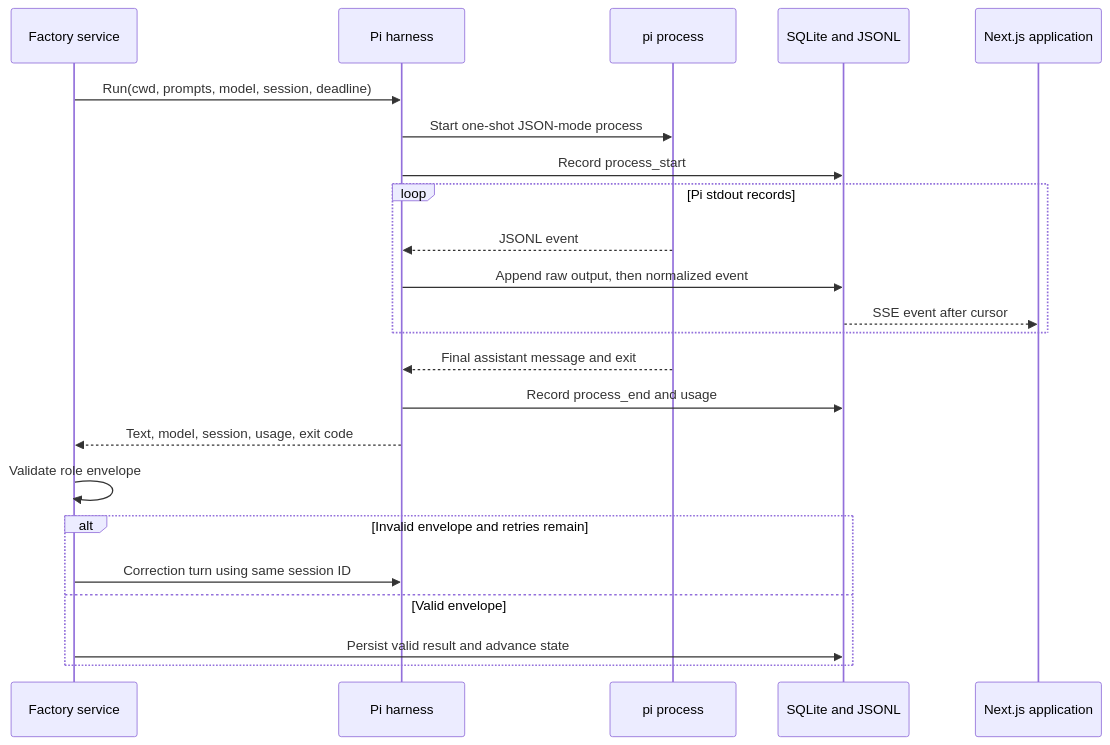
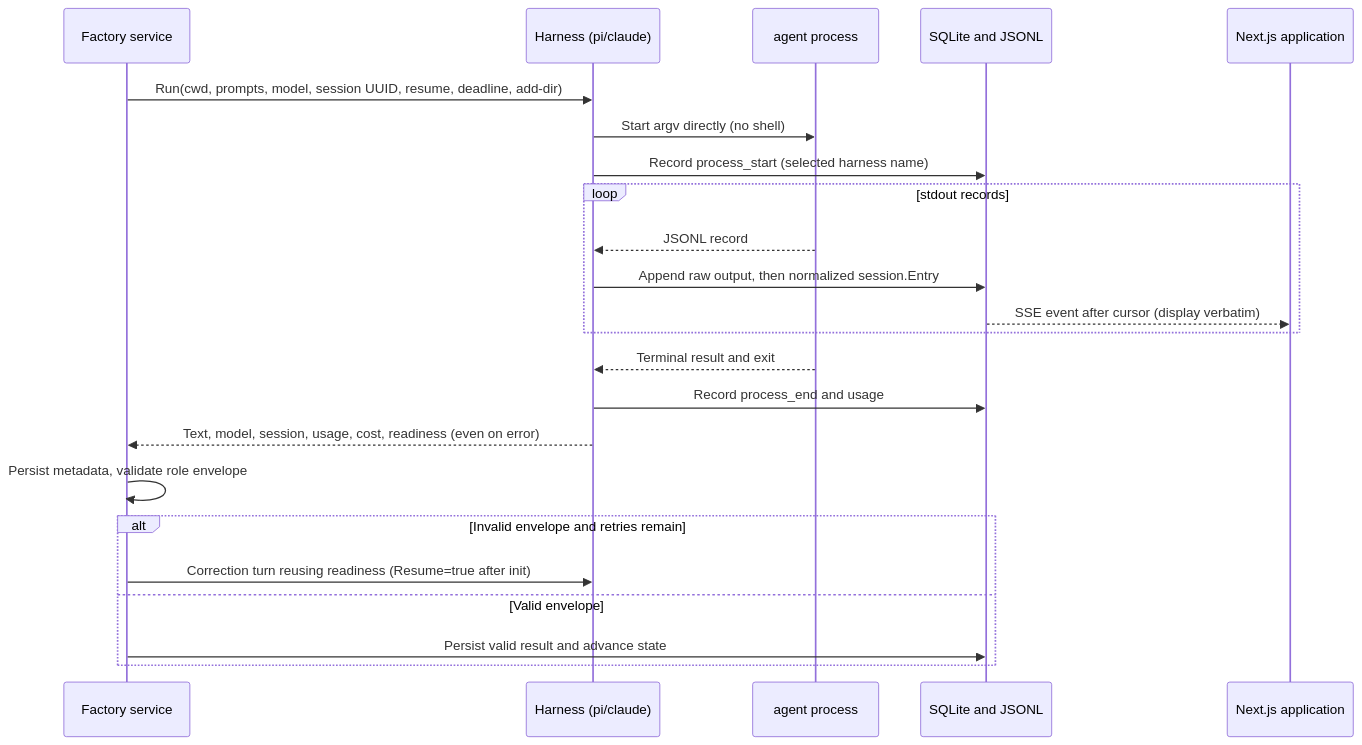
One commit to jurabek/software-factory changed the fourth of 4 diagrams in docs/ARCHITECTURE.md. Above: the diagram before and after it, drawn with Mermaid. The commit also changed other lines of this file and 46 other files, not shown here.

Commit message:
Daemon-owned session contract with Pi and Claude harnesses

````diff
--- a/docs/ARCHITECTURE.md
+++ b/docs/ARCHITECTURE.md
@@ -257,26 +268,26 @@
 ```mermaid
 sequenceDiagram
     participant F as Factory service
-    participant H as Pi harness
-    participant P as pi process
+    participant H as Harness (pi/claude)
+    participant P as agent process
     participant D as SQLite and JSONL
     participant U as Next.js application
 
-    F->>H: Run(cwd, prompts, model, session, deadline)
-    H->>P: Start one-shot JSON-mode process
-    H->>D: Record process_start
-    loop Pi stdout records
-        P-->>H: JSONL event
-        H->>D: Append raw output, then normalized event
-        D-->>U: SSE event after cursor
+    F->>H: Run(cwd, prompts, model, session UUID, resume, deadline, add-dir)
+    H->>P: Start argv directly (no shell)
+    H->>D: Record process_start (selected harness name)
+    loop stdout records
+        P-->>H: JSONL record
+        H->>D: Append raw output, then normalized session.Entry
+        D-->>U: SSE event after cursor (display verbatim)
     end
-    P-->>H: Final assistant message and exit
+    P-->>H: Terminal result and exit
     H->>D: Record process_end and usage
-    H-->>F: Text, model, session, usage, exit code
-    F->>F: Validate role envelope
+    H-->>F: Text, model, session, usage, cost, readiness (even on error)
+    F->>F: Persist metadata, validate role envelope
     alt Invalid envelope and retries remain
-        F->>H: Correction turn using same session ID
+        F->>H: Correction turn reusing readiness (Resume=true after init)
     else Valid envelope
         F->>D: Persist valid result and advance state
     end
 ```
````
